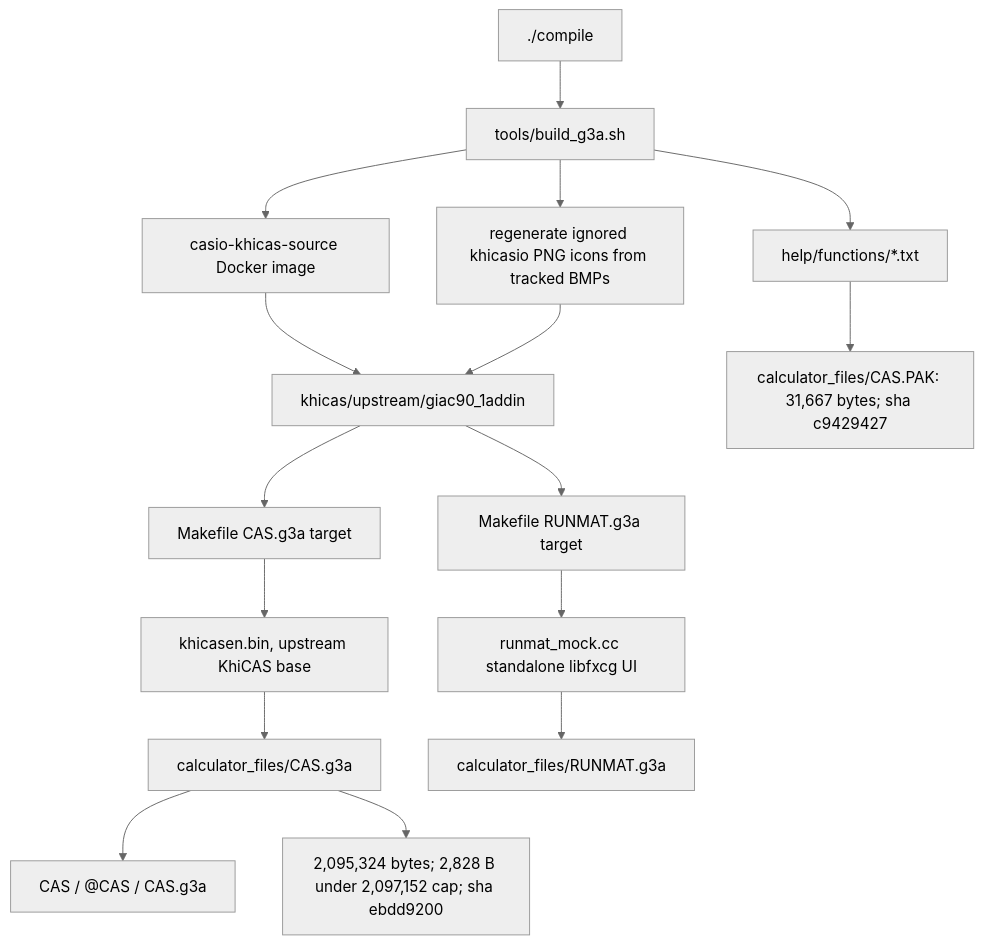
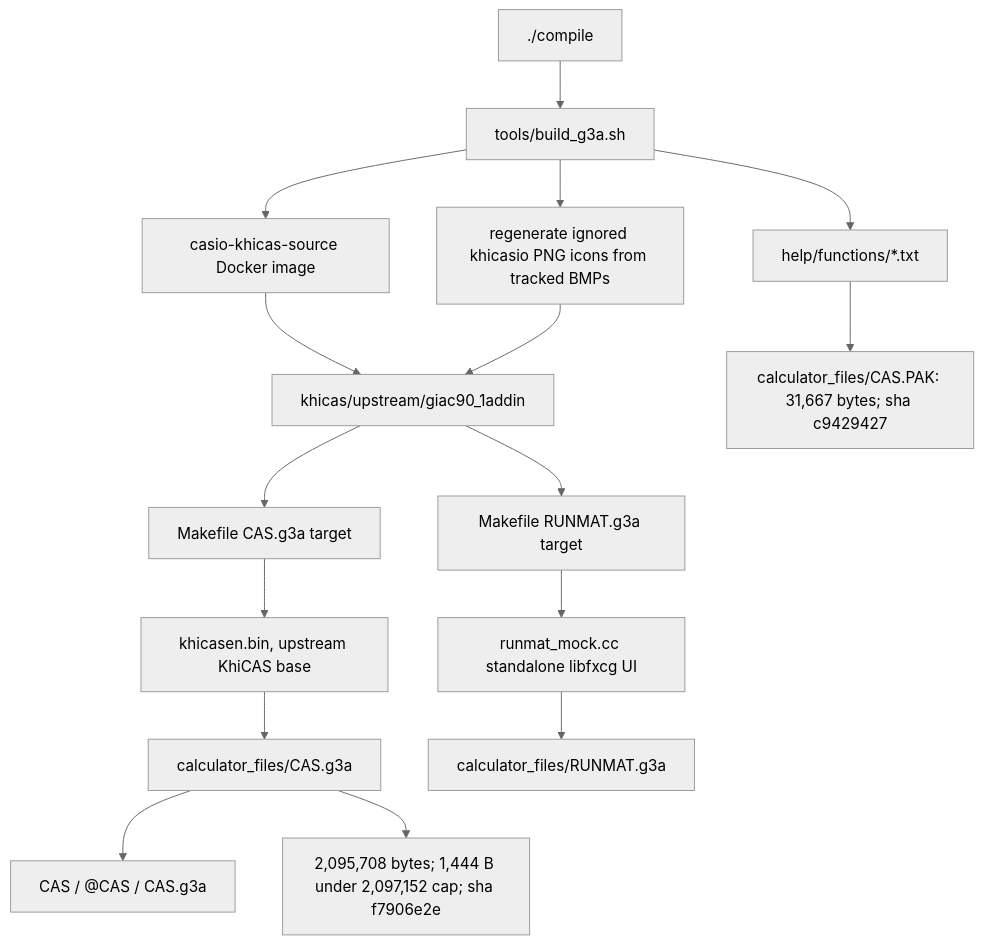
The first of 7 diagrams in docs/GRAPH.md (james8464/notes-addin-casio-fx-cg50), drawn with Mermaid (neutral theme) before and after one commit. The commit also changed other lines of this file and 4 other files, not shown here.

````diff
--- a/docs/GRAPH.md
+++ b/docs/GRAPH.md
@@ -7,18 +7,18 @@
 ```mermaid
 graph TD
   Compile["./compile"] --> Build["tools/build_g3a.sh"]
   Build --> Docker["casio-khicas-source Docker image"]
   Docker --> Src["khicas/upstream/giac90_1addin"]
   Build --> Icons["regenerate ignored khicasio PNG icons from tracked BMPs"]
   Icons --> Src
   Src --> Make["Makefile CAS.g3a target"]
   Make --> Bin["khicasen.bin, upstream KhiCAS base"]
   Bin --> G3A["calculator_files/CAS.g3a"]
   Src --> RunMatMake["Makefile RUNMAT.g3a target"]
   RunMatMake --> RunMatSrc["runmat_mock.cc standalone libfxcg UI"]
   RunMatSrc --> RunMatG3A["calculator_files/RUNMAT.g3a"]
   Build --> Help["help/functions/*.txt"]
   Help --> PAK["calculator_files/CAS.PAK: 31,667 bytes; sha c9429427"]
   G3A --> Meta["CAS / @CAS / CAS.g3a"]
-  G3A --> Size["2,095,324 bytes; 2,828 B under 2,097,152 cap; sha ebdd9200"]
+  G3A --> Size["2,095,708 bytes; 1,444 B under 2,097,152 cap; sha f7906e2e"]
 ```
````
